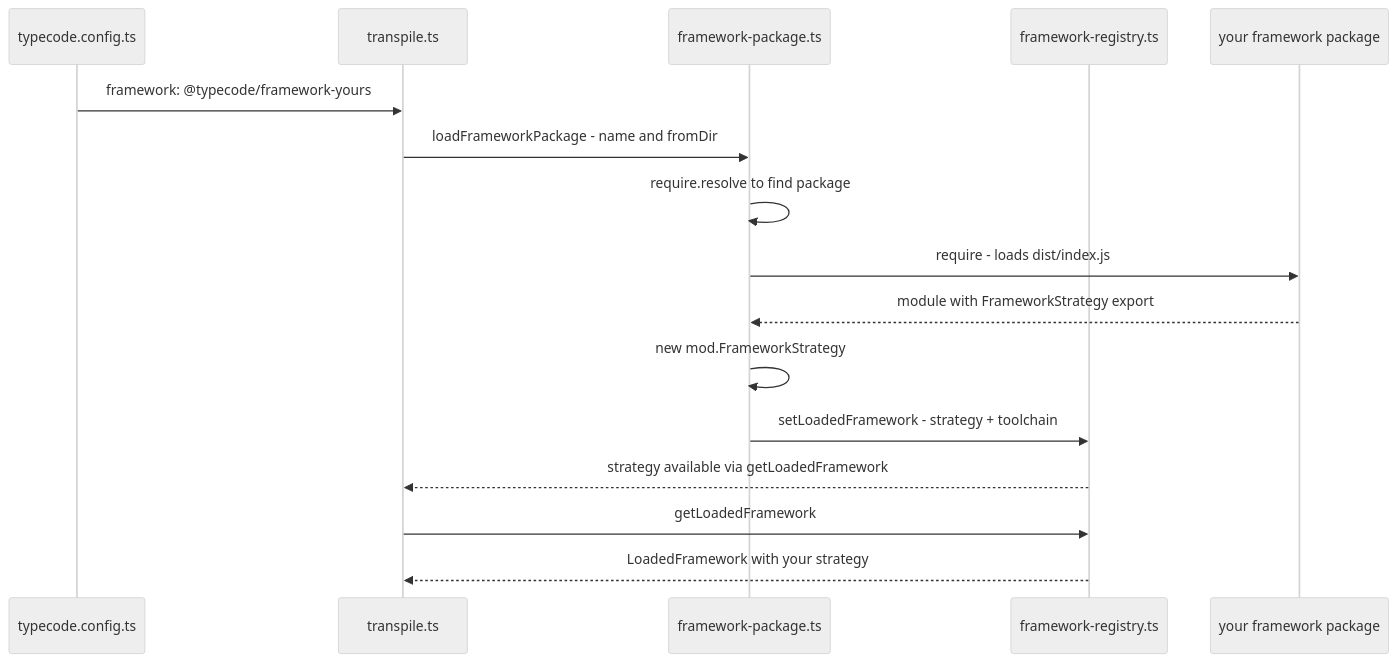
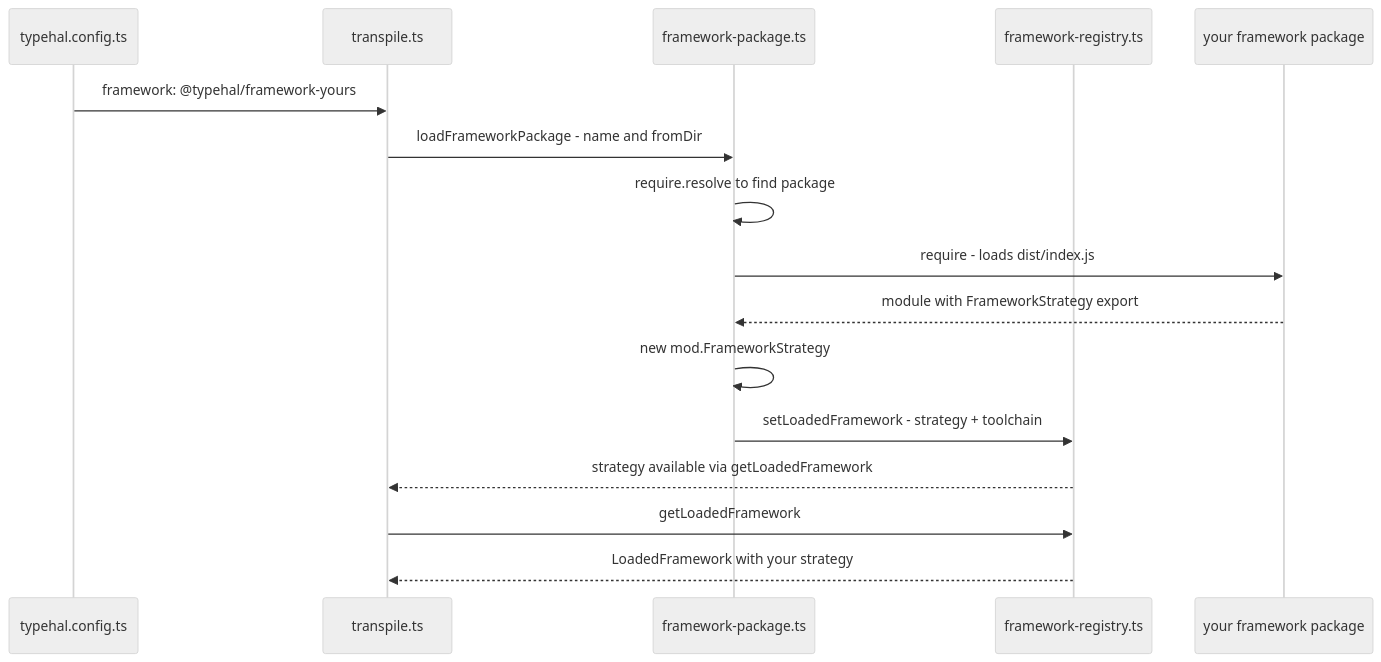
The second of 2 diagrams in docs/framework-authoring-guide.md (typecad/hal), drawn with Mermaid (neutral theme) before and after one commit. The commit also changed other lines of this file and 526 other files, not shown here.

````diff
--- a/docs/framework-authoring-guide.md
+++ b/docs/framework-authoring-guide.md
@@ -64,19 +64,19 @@
 ```mermaid
 sequenceDiagram
-    participant User as typecode.config.ts
+    participant User as typehal.config.ts
     participant CLI as transpile.ts
     participant Loader as framework-package.ts
     participant Registry as framework-registry.ts
     participant Pkg as your framework package
 
-    User->>CLI: framework: @typecode/framework-yours
+    User->>CLI: framework: @typehal/framework-yours
     CLI->>Loader: loadFrameworkPackage - name and fromDir
     Loader->>Loader: require.resolve to find package
     Loader->>Pkg: require - loads dist/index.js
     Pkg-->>Loader: module with FrameworkStrategy export
     Loader->>Loader: new mod.FrameworkStrategy
     Loader->>Registry: setLoadedFramework - strategy + toolchain
     Registry-->>CLI: strategy available via getLoadedFramework
     CLI->>Registry: getLoadedFramework
     Registry-->>CLI: LoadedFramework with your strategy
 ```
````
